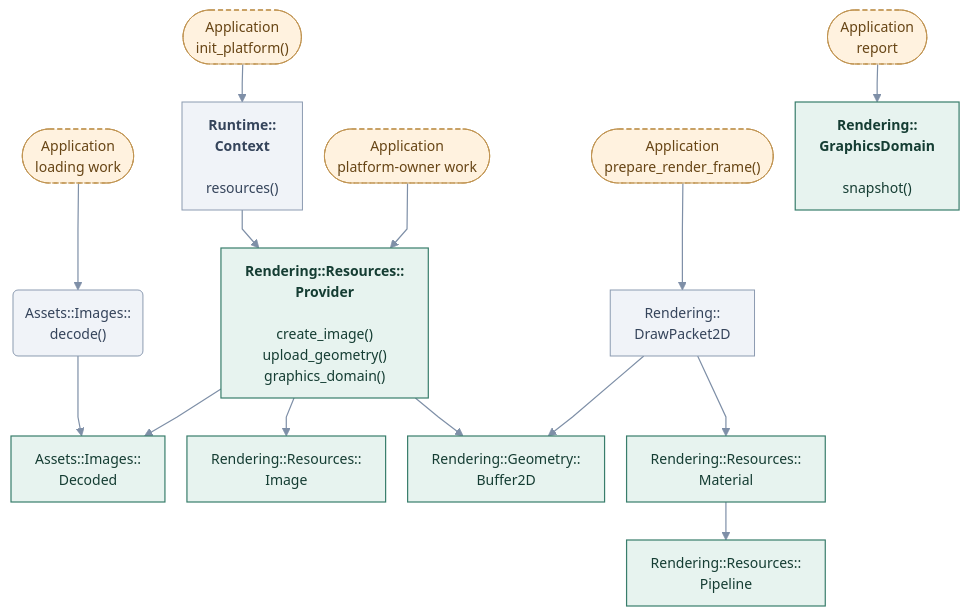
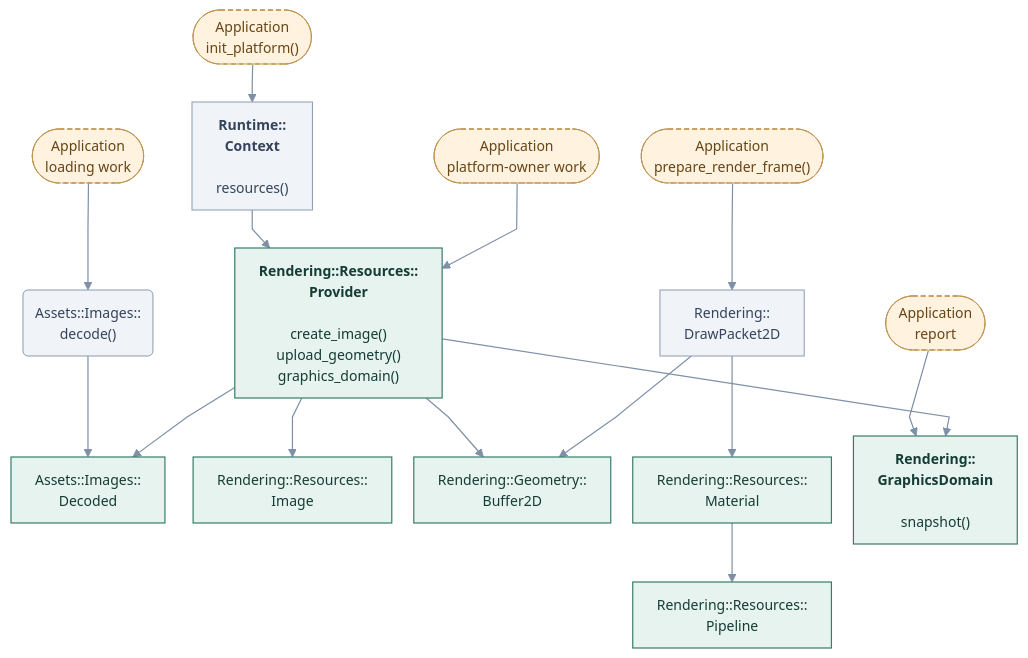
One commit to cppcooper/cheryl-engine changed the diagram in docs/site/engine-systems/diagrams/resources-application.mmd. Above: the diagram before and after it, drawn with Mermaid. The commit also changed 15 other files, not shown here.

```diff
--- a/docs/site/engine-systems/diagrams/resources-application.mmd
+++ b/docs/site/engine-systems/diagrams/resources-application.mmd
@@ -1,49 +1,50 @@
 ---
 config:
   theme: base
   themeVariables:
     fontFamily: system-ui, sans-serif
     fontSize: 14px
   flowchart:
     htmlLabels: true
     curve: linear
     nodeSpacing: 22
     rankSpacing: 38
     padding: 12
 ---
 flowchart TB
     accTitle: Resources · application uploads and retained draws
     accDescr: Arrows point toward the API or type used, not call order or data flow. Methods beneath type names are selected application entry points; Implement hooks marks engine-invoked overrides. Dashed arrows mark optional choices.
     k0(["Application<br/>loading work"]):::app
     k1("Assets::Images::<br/>decode()"):::neighbor
     k2["Assets::Images::<br/>Decoded"]:::focal
     k3(["Application<br/>init_platform()"]):::app
     k4["<b>Runtime::<br/>Context</b><br/><br/>resources()"]:::neighbor
     k5["<b>Rendering::Resources::<br/>Provider</b><br/><br/>create_image()<br/>upload_geometry()<br/>graphics_domain()"]:::focal
     k6(["Application<br/>platform-owner work"]):::app
     k7["Rendering::Resources::<br/>Image"]:::focal
     k8["Rendering::Geometry::<br/>Buffer2D"]:::focal
     k9["Rendering::Resources::<br/>Material"]:::focal
     k10["Rendering::Resources::<br/>Pipeline"]:::focal
     k11(["Application<br/>prepare_render_frame()"]):::app
     k12["Rendering::<br/>DrawPacket2D"]:::neighbor
     k13(["Application<br/>report"]):::app
     k14["<b>Rendering::<br/>GraphicsDomain</b><br/><br/>snapshot()"]:::focal
     k0 --> k1
     k1 --> k2
     k3 --> k4
     k4 --> k5
     k6 --> k5
     k5 --> k2
     k5 --> k7
     k5 --> k8
     k9 --> k10
     k11 --> k12
     k12 --> k9
     k12 --> k8
     k13 --> k14
+    k5 --> k14
     classDef focal fill:#e7f3ef,stroke:#387d6b,color:#153d33,stroke-width:1.2px
     classDef neighbor fill:#f0f3f8,stroke:#8c9bb1,color:#35445b,stroke-width:1px
     classDef app fill:#fff2df,stroke:#c09452,color:#674515,stroke-dasharray:5 3
     classDef system fill:#eaf0fc,stroke:#617fab,color:#263f69,stroke-width:1.2px
     linkStyle default stroke:#7e8fa7,stroke-width:1.2px
```
